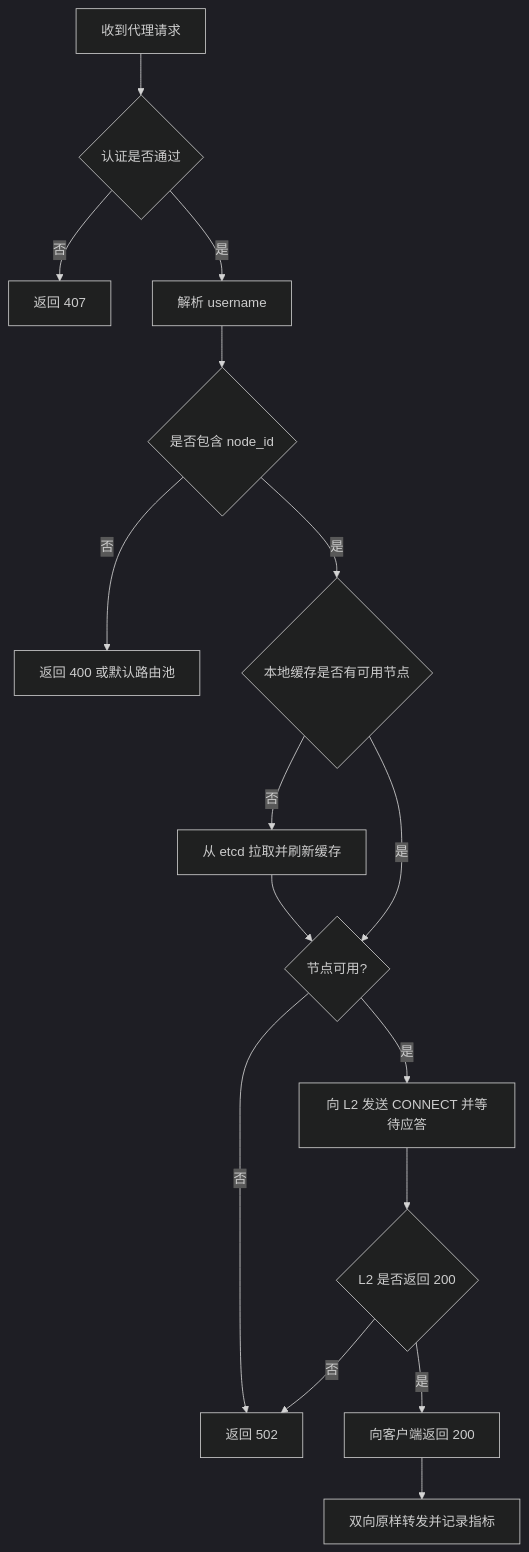
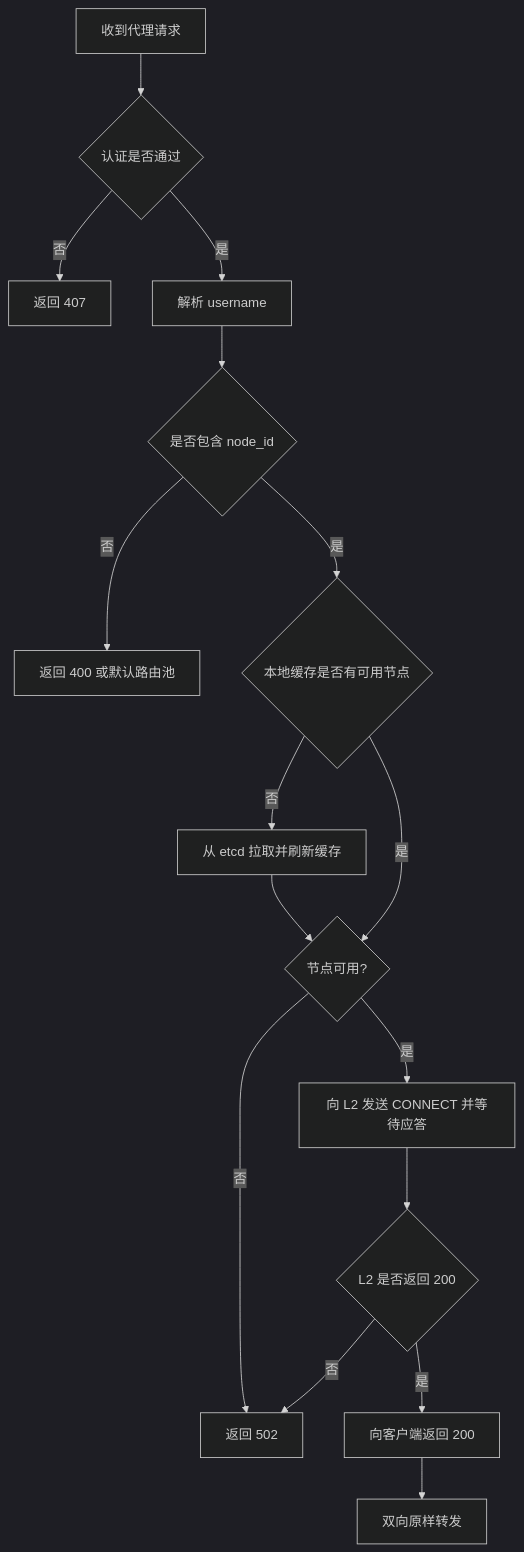
One commit to f-ishelly/relay-proxy changed the third of 3 diagrams in docs/openspec-proxy-design.md. Above: the diagram before and after it, drawn with Mermaid (dark theme). The commit also changed other lines of this file, not shown here.

````diff
--- a/docs/openspec-proxy-design.md
+++ b/docs/openspec-proxy-design.md
@@ -190,18 +191,18 @@
 ```mermaid
 flowchart TD
     A[收到代理请求] --> B{认证是否通过}
     B -- 否 --> X[返回 407]
     B -- 是 --> C[解析 username]
     C --> D{是否包含 node_id}
     D -- 否 --> Y[返回 400 或默认路由池]
     D -- 是 --> E{本地缓存是否有可用节点}
     E -- 否 --> F[从 etcd 拉取并刷新缓存]
     F --> G{节点可用?}
     E -- 是 --> G
     G -- 否 --> Z[返回 502]
     G -- 是 --> H[向 L2 发送 CONNECT 并等待应答]
     H --> J{L2 是否返回 200}
     J -- 否 --> Z
     J -- 是 --> K[向客户端返回 200]
-    K --> I[双向原样转发并记录指标]
+    K --> I[双向原样转发]
 ```
````
